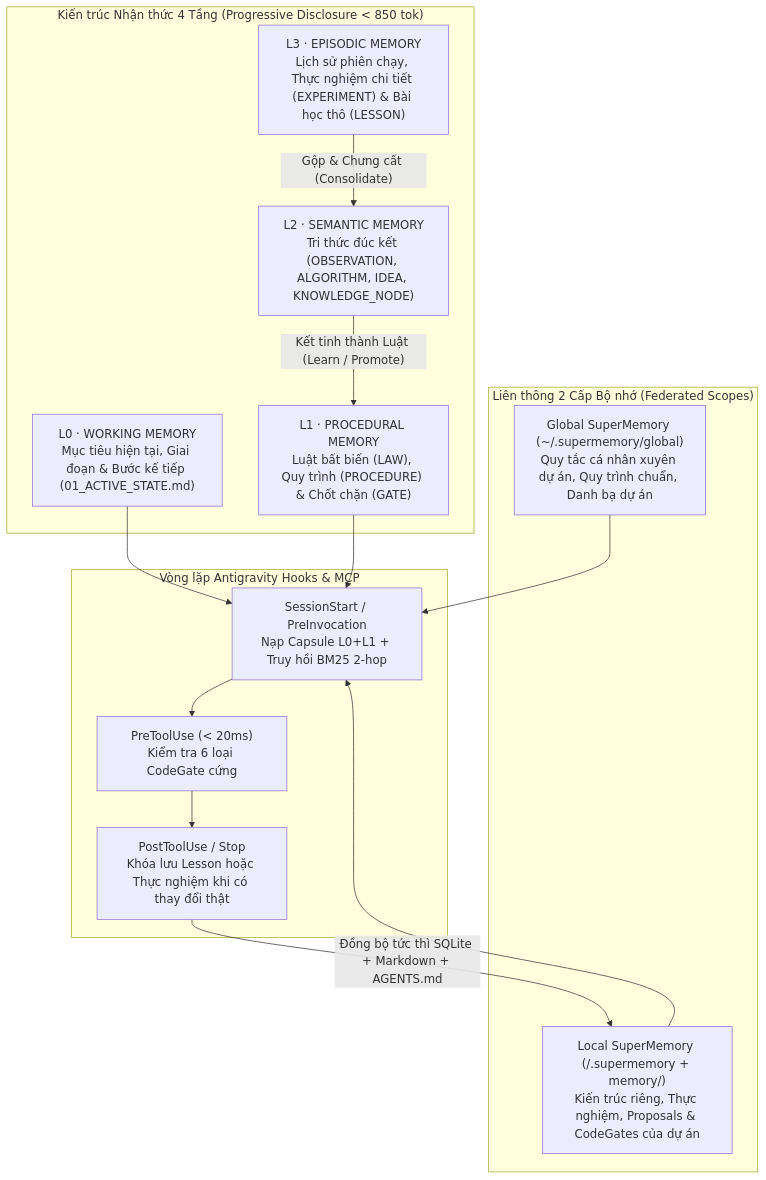
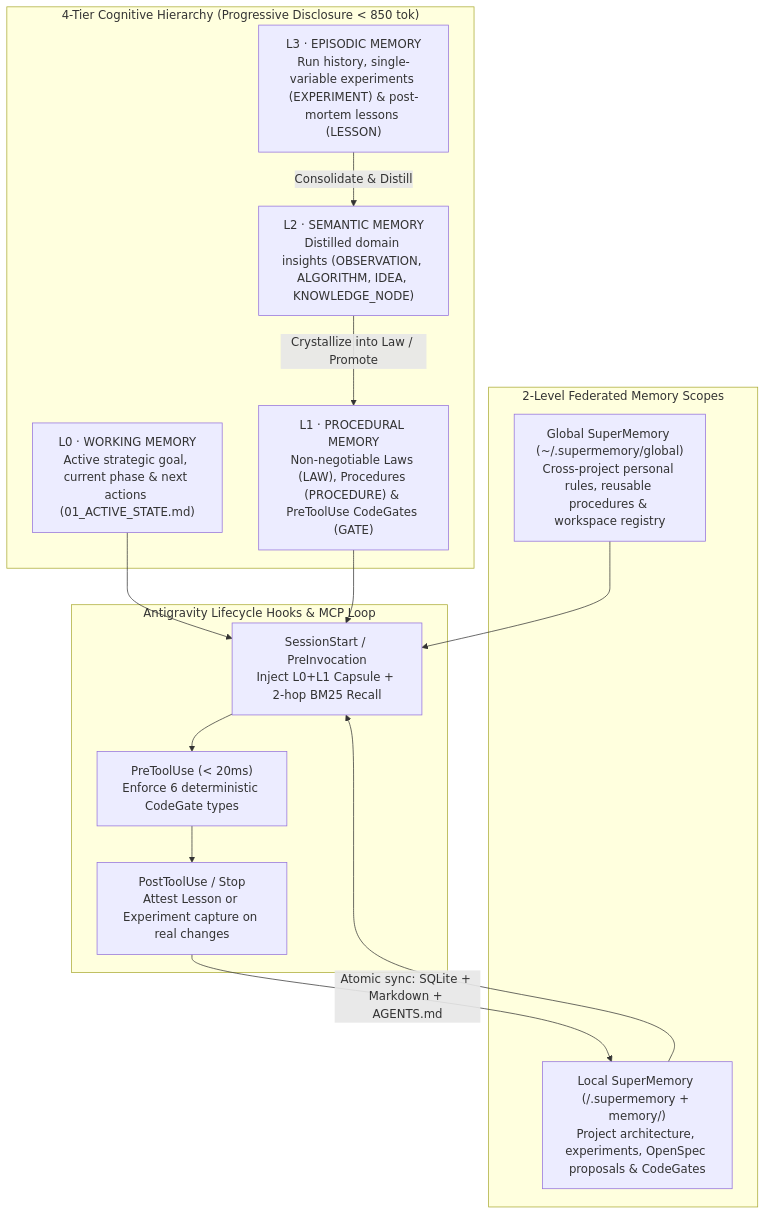
One commit to vtnguyen04/research-supermemory changed the diagram in README.md. Above: the diagram before and after it, drawn with Mermaid. The commit also changed other lines of this file and 15 other files, not shown here.

````diff
--- a/README.md
+++ b/README.md
@@ -42,28 +44,28 @@
 ```mermaid
 flowchart TB
-    subgraph FED["Liên thông 2 Cấp Bộ nhớ (Federated Scopes)"]
-        GLB["Global SuperMemory (~/.supermemory/global)<br/>Quy tắc cá nhân xuyên dự án, Quy trình chuẩn, Danh bạ dự án"]
-        LOC["Local SuperMemory (<project>/.supermemory + memory/)<br/>Kiến trúc riêng, Thực nghiệm, Proposals & CodeGates của dự án"]
+    subgraph FED["2-Level Federated Memory Scopes"]
+        GLB["Global SuperMemory (~/.supermemory/global)<br/>Cross-project personal rules, reusable procedures & workspace registry"]
+        LOC["Local SuperMemory (<project>/.supermemory + memory/)<br/>Project architecture, experiments, OpenSpec proposals & CodeGates"]
     end
 
-    subgraph TIERS["Kiến trúc Nhận thức 4 Tầng (Progressive Disclosure < 850 tok)"]
-        L0["L0 · WORKING MEMORY<br/>Mục tiêu hiện tại, Giai đoạn & Bước kế tiếp (01_ACTIVE_STATE.md)"]
-        L1["L1 · PROCEDURAL MEMORY<br/>Luật bất biến (LAW), Quy trình (PROCEDURE) & Chốt chặn (GATE)"]
-        L2["L2 · SEMANTIC MEMORY<br/>Tri thức đúc kết (OBSERVATION, ALGORITHM, IDEA, KNOWLEDGE_NODE)"]
-        L3["L3 · EPISODIC MEMORY<br/>Lịch sử phiên chạy, Thực nghiệm chi tiết (EXPERIMENT) & Bài học thô (LESSON)"]
+    subgraph TIERS["4-Tier Cognitive Hierarchy (Progressive Disclosure < 850 tok)"]
+        L0["L0 · WORKING MEMORY<br/>Active strategic goal, current phase & next actions (01_ACTIVE_STATE.md)"]
+        L1["L1 · PROCEDURAL MEMORY<br/>Non-negotiable Laws (LAW), Procedures (PROCEDURE) & PreToolUse CodeGates (GATE)"]
+        L2["L2 · SEMANTIC MEMORY<br/>Distilled domain insights (OBSERVATION, ALGORITHM, IDEA, KNOWLEDGE_NODE)"]
+        L3["L3 · EPISODIC MEMORY<br/>Run history, single-variable experiments (EXPERIMENT) & post-mortem lessons (LESSON)"]
     end
 
-    subgraph HOOKS["Vòng lặp Antigravity Hooks & MCP"]
-        SS["SessionStart / PreInvocation<br/>Nạp Capsule L0+L1 + Truy hồi BM25 2-hop"]
-        PTU["PreToolUse (< 20ms)<br/>Kiểm tra 6 loại CodeGate cứng"]
-        STOP["PostToolUse / Stop<br/>Khóa lưu Lesson hoặc Thực nghiệm khi có thay đổi thật"]
+    subgraph HOOKS["Antigravity Lifecycle Hooks & MCP Loop"]
+        SS["SessionStart / PreInvocation<br/>Inject L0+L1 Capsule + 2-hop BM25 Recall"]
+        PTU["PreToolUse (< 20ms)<br/>Enforce 6 deterministic CodeGate types"]
+        STOP["PostToolUse / Stop<br/>Attest Lesson or Experiment capture on real changes"]
     end
 
     GLB --> SS
     LOC --> SS
-    L3 -->|"Gộp & Chưng cất (Consolidate)"| L2
-    L2 -->|"Kết tinh thành Luật (Learn / Promote)"| L1
+    L3 -->|"Consolidate & Distill"| L2
+    L2 -->|"Crystallize into Law / Promote"| L1
     L0 & L1 --> SS
     SS --> PTU --> STOP
-    STOP -->|"Đồng bộ tức thì SQLite + Markdown + AGENTS.md"| LOC
+    STOP -->|"Atomic sync: SQLite + Markdown + AGENTS.md"| LOC
 ```
````
